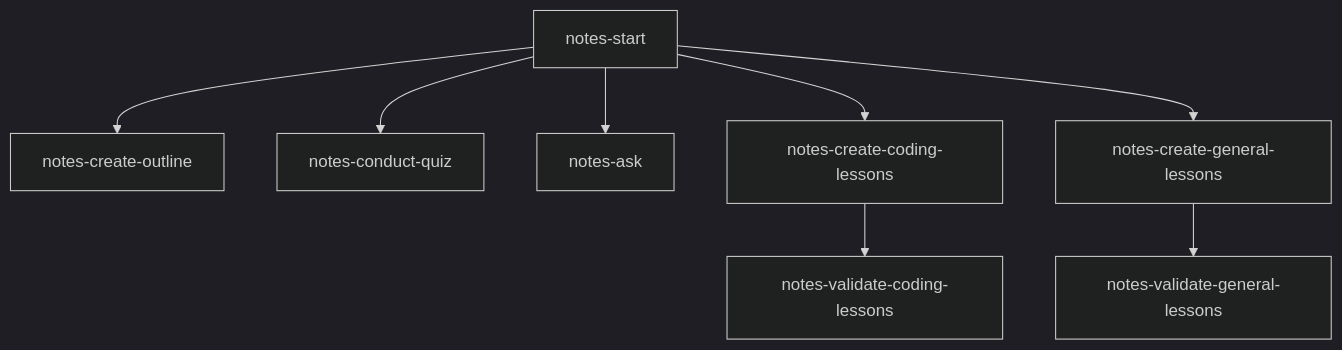
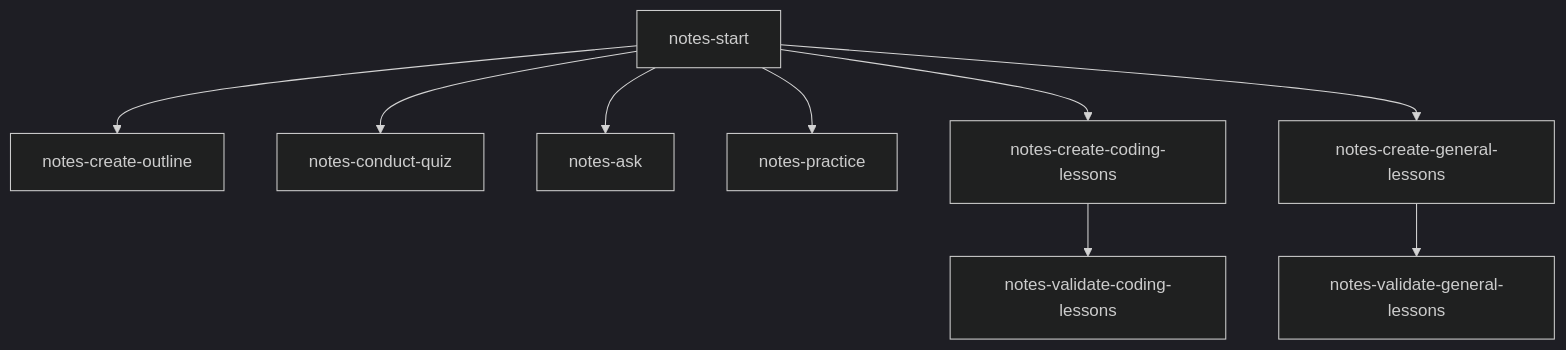
Before and after one commit to asquilatan/notes-skills: the diagram in README.md, drawn with Mermaid (dark theme). The commit also changed other lines of this file and 3 other files, not shown here.

Commit message:
feat: add dedicated notes-practice sandbox skill (resolves #4)

````diff
--- a/README.md
+++ b/README.md
@@ -5,19 +5,21 @@
 ```mermaid
 graph TD
     Start["notes-start"]
     Outline["notes-create-outline"]
     Quiz["notes-conduct-quiz"]
     Ask["notes-ask"]
+    Practice["notes-practice"]
     CodingLessons["notes-create-coding-lessons"]
     GeneralLessons["notes-create-general-lessons"]
     ValidateCode["notes-validate-coding-lessons"]
     ValidateGeneral["notes-validate-general-lessons"]
 
     Start --> Outline
     Start --> Quiz
     Start --> Ask
+    Start --> Practice
     Start --> CodingLessons
     Start --> GeneralLessons
     CodingLessons --> ValidateCode
     GeneralLessons --> ValidateGeneral
 ```
````
